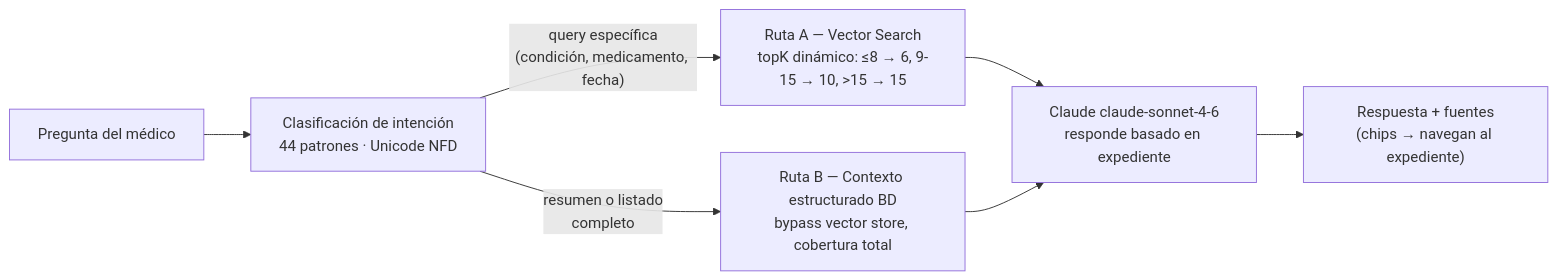
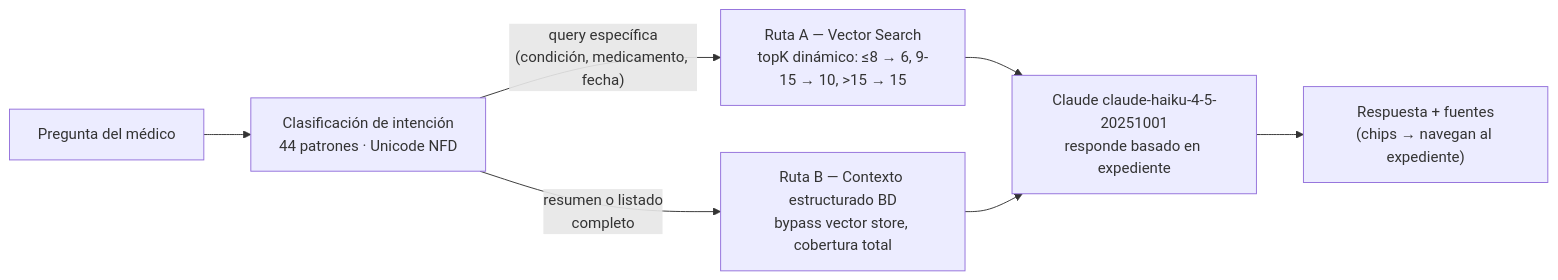
Before and after one commit to FepDev25/sistema-facturacion-medica-springboot-react-postgresql: the seventh of 10 diagrams in DIAGRAMAS.md, drawn with Mermaid. The commit also changed other lines of this file and 69 other files, not shown here.

````diff
--- a/DIAGRAMAS.md
+++ b/DIAGRAMAS.md
@@ -157,8 +157,8 @@
 ```mermaid
 graph LR
     Q["Pregunta del médico"] --> CLS["Clasificación de intención<br/>44 patrones · Unicode NFD"]
     CLS -->|"query específica<br/>(condición, medicamento, fecha)"| VA["Ruta A — Vector Search<br/>topK dinámico: ≤8 → 6, 9-15 → 10, >15 → 15"]
     CLS -->|"resumen o listado<br/>completo"| VB["Ruta B — Contexto estructurado BD<br/>bypass vector store, cobertura total"]
-    VA & VB --> C["Claude claude-sonnet-4-6<br/>responde basado en expediente"]
+    VA & VB --> C["Claude claude-haiku-4-5-20251001<br/>responde basado en expediente"]
     C --> R["Respuesta + fuentes<br/>(chips → navegan al expediente)"]
 ```
````
